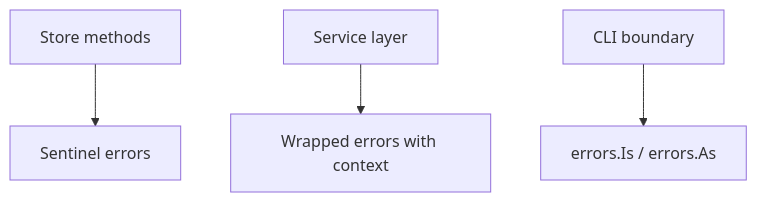
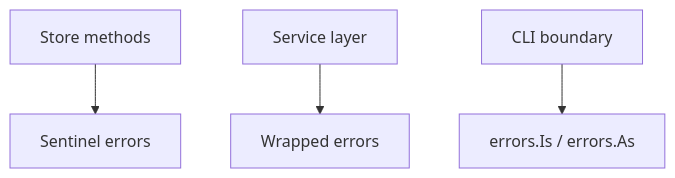
Before and after one commit to Kaushik-2005/GoFlow: the sixth of 13 diagrams in docs/design.md, drawn with Mermaid. The commit also changed other lines of this file and 13 other files, not shown here.

````diff
--- a/docs/design.md
+++ b/docs/design.md
@@ -301,6 +109,6 @@
 ```mermaid
 flowchart TD
     Store[Store methods] --> Sentinel[Sentinel errors]
-    Service[Service layer] --> Wrapped[Wrapped errors with context]
+    Service[Service layer] --> Wrapped[Wrapped errors]
     CLI[CLI boundary] --> Inspect[errors.Is / errors.As]
 ```
````
